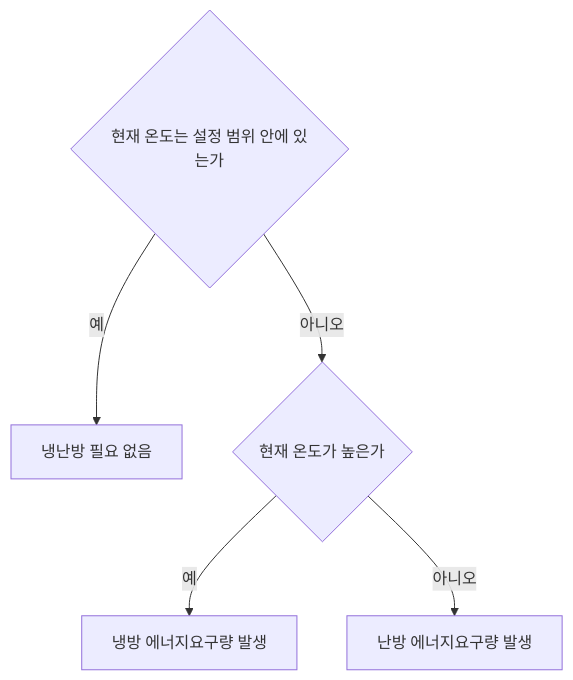
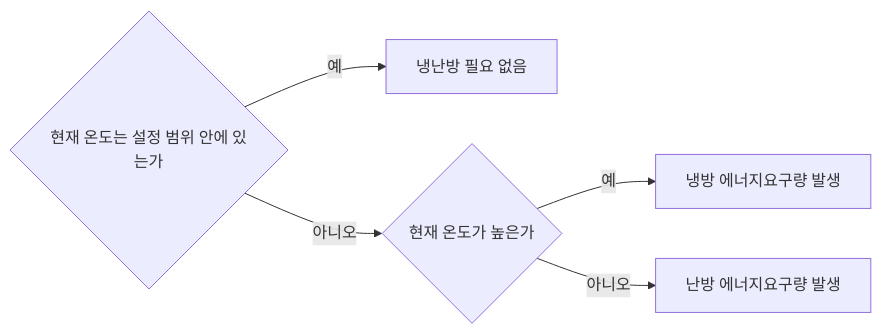
One commit to VeryColdplay/eco2_guide_center changed the diagram in docs/1. ECO2 Logic Guide/b/Cooling_heating_energy_demand.md. Above: the diagram before and after it, drawn with Mermaid. The commit also changed 247 other files, not shown here.

````diff
--- a/docs/1. ECO2 Logic Guide/b/Cooling_heating_energy_demand.md
+++ b/docs/1. ECO2 Logic Guide/b/Cooling_heating_energy_demand.md
@@ -6,16 +6,16 @@
 ```mermaid
-graph TD
+graph LR
     classDef pretendard font-family:'Pretendard';
 
     A{현재 온도는 설정 범위 안에 있는가}
     A -- 예 --> B[냉난방 필요 없음]
     A -- 아니오 --> C{현재 온도가 높은가}
     C -- 예 --> D[냉방 에너지요구량 발생]
     C -- 아니오 --> E[난방 에너지요구량 발생]
 
     class A pretendard
     class B pretendard
     class C pretendard
     class D pretendard
     class E pretendard
 ```
````
